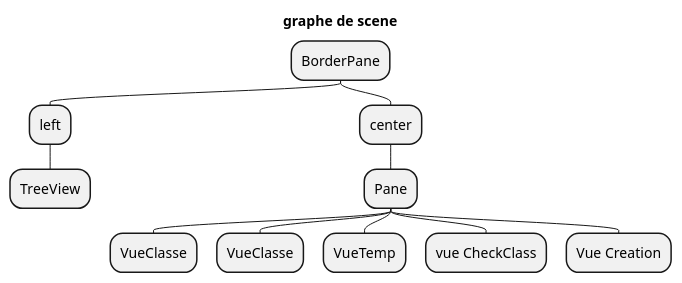
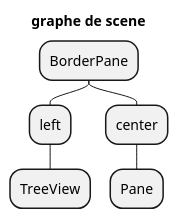
One commit to dardenne8u/ObjectAid_SAE changed the diagram in document/Second_sprint/graph_de_scene.puml. Above: the diagram before and after it, drawn with PlantUML. The commit also changed 2 other files, not shown here.

Commit message:
creation de la VueHaut et ajout dans le main

```diff
--- a/document/Second_sprint/graph_de_scene.puml
+++ b/document/Second_sprint/graph_de_scene.puml
@@ -1,18 +1,14 @@
 @startmindmap
 'https://plantuml.com/mindmap-diagram
 top to bottom direction
 
 title graphe de scene
 
 * BorderPane
 ** left
 *** TreeView
 ** center
 *** Pane
-**** VueClasse
-**** VueClasse
-**** VueTemp
-**** vue CheckClass
-**** Vue Creation
+
 
 @endmindmap
```
